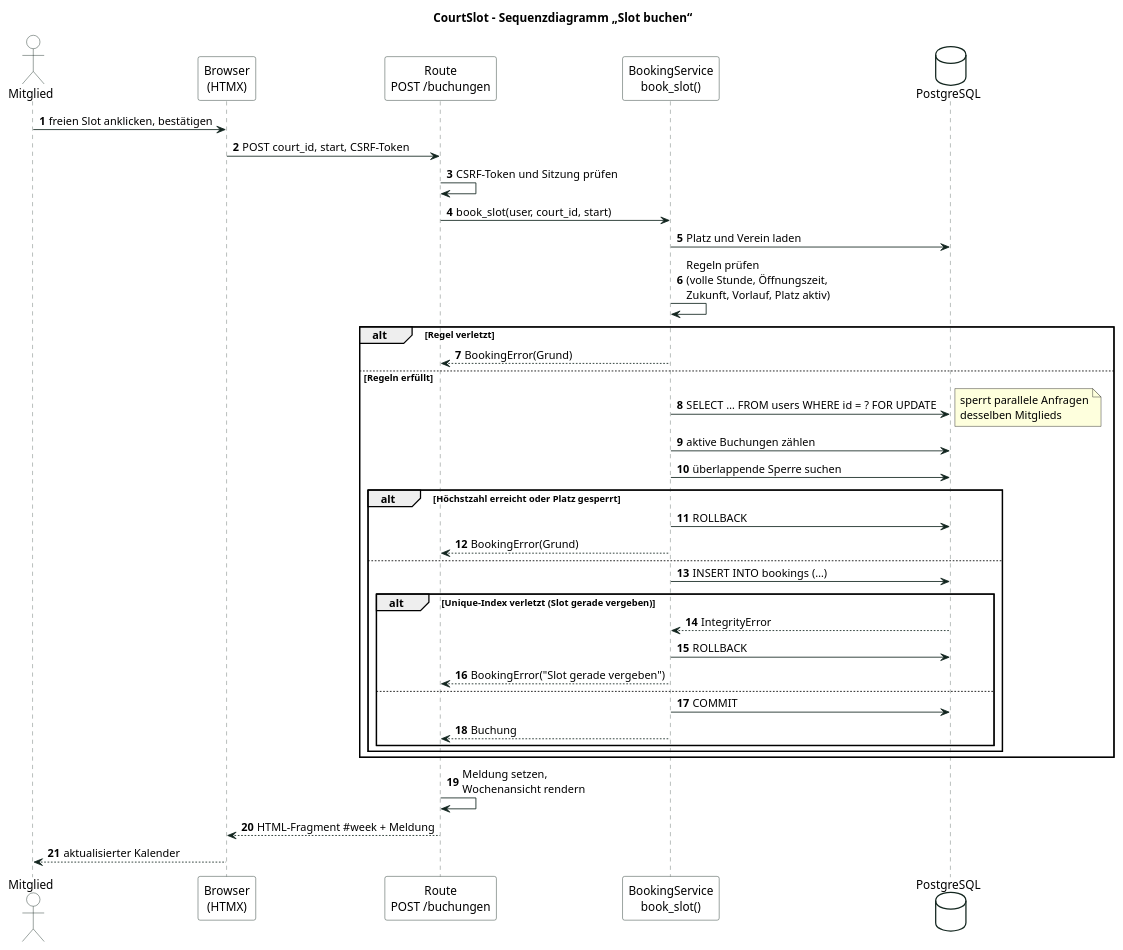
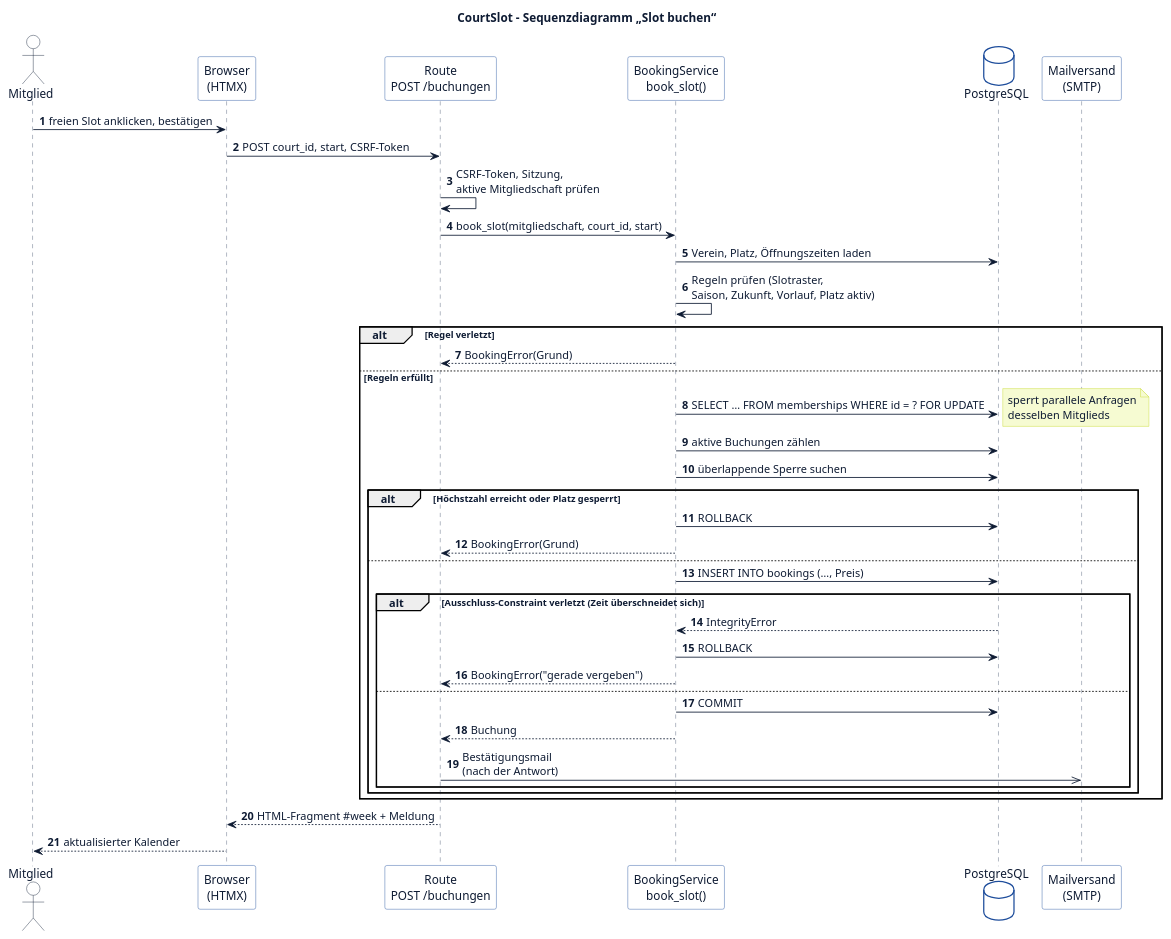
Before and after one commit to pasi140802/Anwendungsentwicklung: the diagram in docs/uml/04_sequenz_buchen.puml, drawn with PlantUML. The commit also changed 26 other files, not shown here.

First line of the commit message:
UML-Diagramme auf Plattform-Modell und App-Farben aktualisiert

```diff
--- a/docs/uml/04_sequenz_buchen.puml
+++ b/docs/uml/04_sequenz_buchen.puml
@@ -1,52 +1,56 @@
 @startuml sequenz_buchen
 title CourtSlot – Sequenzdiagramm „Slot buchen“
 skinparam shadowing false
-skinparam ArrowColor #13261F
+skinparam ArrowColor #0e1b33
 skinparam defaultFontName Arial
-skinparam sequenceParticipantBorderColor #13261F
-skinparam sequenceLifeLineBorderColor #5A6660
-skinparam actorBorderColor #13261F
+skinparam defaultFontColor #0e1b33
+skinparam sequenceParticipantBorderColor #1f4e9c
+skinparam sequenceParticipantBackgroundColor #FFFFFF
+skinparam sequenceLifeLineBorderColor #4a5872
+skinparam actorBorderColor #0e1b33
 skinparam actorBackgroundColor #FFFFFF
 skinparam databaseBackgroundColor #FFFFFF
-skinparam databaseBorderColor #13261F
-skinparam sequenceParticipantBackgroundColor #FFFFFF
+skinparam databaseBorderColor #1f4e9c
+skinparam noteBackgroundColor #f6fbd2
+skinparam noteBorderColor #c6d82c
 autonumber
 
 actor Mitglied
 participant "Browser\n(HTMX)" as B
 participant "Route\nPOST /buchungen" as R
 participant "BookingService\nbook_slot()" as S
 database "PostgreSQL" as DB
+participant "Mailversand\n(SMTP)" as M
 
 Mitglied -> B : freien Slot anklicken, bestätigen
 B -> R : POST court_id, start, CSRF-Token
-R -> R : CSRF-Token und Sitzung prüfen
-R -> S : book_slot(user, court_id, start)
-S -> DB : Platz und Verein laden
-S -> S : Regeln prüfen\n(volle Stunde, Öffnungszeit,\nZukunft, Vorlauf, Platz aktiv)
+R -> R : CSRF-Token, Sitzung,\naktive Mitgliedschaft prüfen
+R -> S : book_slot(mitgliedschaft, court_id, start)
+S -> DB : Verein, Platz, Öffnungszeiten laden
+S -> S : Regeln prüfen (Slotraster,\nSaison, Zukunft, Vorlauf, Platz aktiv)
 alt Regel verletzt
   S --> R : BookingError(Grund)
 else Regeln erfüllt
-  S -> DB : SELECT … FROM users WHERE id = ? FOR UPDATE
+  S -> DB : SELECT … FROM memberships WHERE id = ? FOR UPDATE
   note right : sperrt parallele Anfragen\ndesselben Mitglieds
   S -> DB : aktive Buchungen zählen
   S -> DB : überlappende Sperre suchen
   alt Höchstzahl erreicht oder Platz gesperrt
     S -> DB : ROLLBACK
     S --> R : BookingError(Grund)
   else
-    S -> DB : INSERT INTO bookings (…)
-    alt Unique-Index verletzt (Slot gerade vergeben)
+    S -> DB : INSERT INTO bookings (…, Preis)
+    alt Ausschluss-Constraint verletzt (Zeit überschneidet sich)
       DB --> S : IntegrityError
       S -> DB : ROLLBACK
-      S --> R : BookingError("Slot gerade vergeben")
+      S --> R : BookingError("gerade vergeben")
     else
       S -> DB : COMMIT
       S --> R : Buchung
+      R ->> M : Bestätigungsmail\n(nach der Antwort)
     end
   end
 end
-R -> R : Meldung setzen,\nWochenansicht rendern
 R --> B : HTML-Fragment #week + Meldung
 B --> Mitglied : aktualisierter Kalender
 @enduml
```
